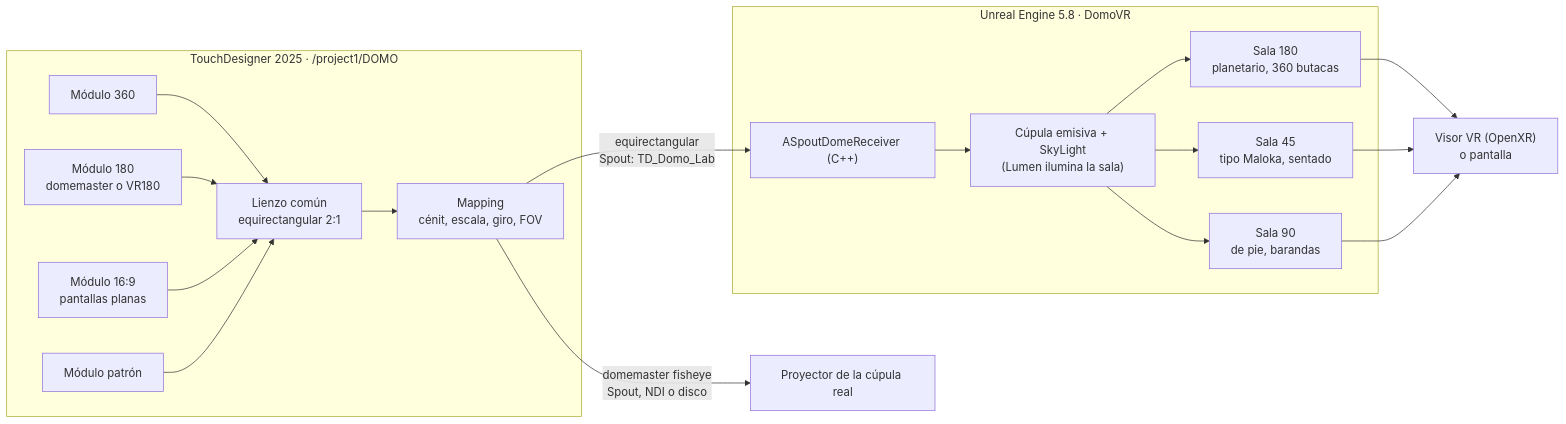
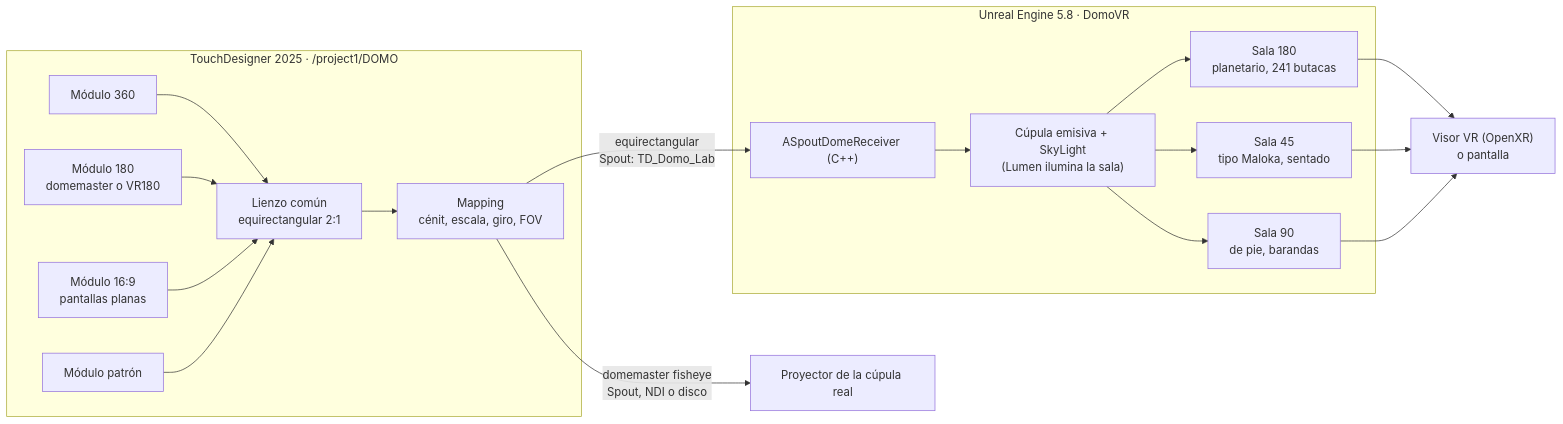
The diagram in README.md (Danvegamo/domo-lab), drawn with Mermaid before and after one commit. The commit also changed other lines of this file and 111 other files, not shown here.

````diff
--- a/README.md
+++ b/README.md
@@ -46,27 +46,27 @@
 ```mermaid
 flowchart LR
     subgraph TD["TouchDesigner 2025 · /project1/DOMO"]
         M360["Módulo 360"]
         M180["Módulo 180<br/>domemaster o VR180"]
         M169["Módulo 16:9<br/>pantallas planas"]
         PAT["Módulo patrón"]
         EQ["Lienzo común<br/>equirectangular 2:1"]
         MAP["Mapping<br/>cénit, escala, giro, FOV"]
         M360 --> EQ
         M180 --> EQ
         M169 --> EQ
         PAT --> EQ
         EQ --> MAP
     end
     MAP -->|"domemaster fisheye<br/>Spout, NDI o disco"| PROY["Proyector de la cúpula real"]
     MAP -->|"equirectangular<br/>Spout: TD_Domo_Lab"| RX["ASpoutDomeReceiver (C++)"]
     subgraph UE["Unreal Engine 5.8 · DomoVR"]
         RX --> DOMO["Cúpula emisiva + SkyLight<br/>(Lumen ilumina la sala)"]
-        DOMO --> S180["Sala 180<br/>planetario, 360 butacas"]
+        DOMO --> S180["Sala 180<br/>planetario, 241 butacas"]
         DOMO --> S45["Sala 45<br/>tipo Maloka, sentado"]
         DOMO --> S90["Sala 90<br/>de pie, barandas"]
     end
     S180 --> VR["Visor VR (OpenXR)<br/>o pantalla"]
     S45 --> VR
     S90 --> VR
 ```
````
